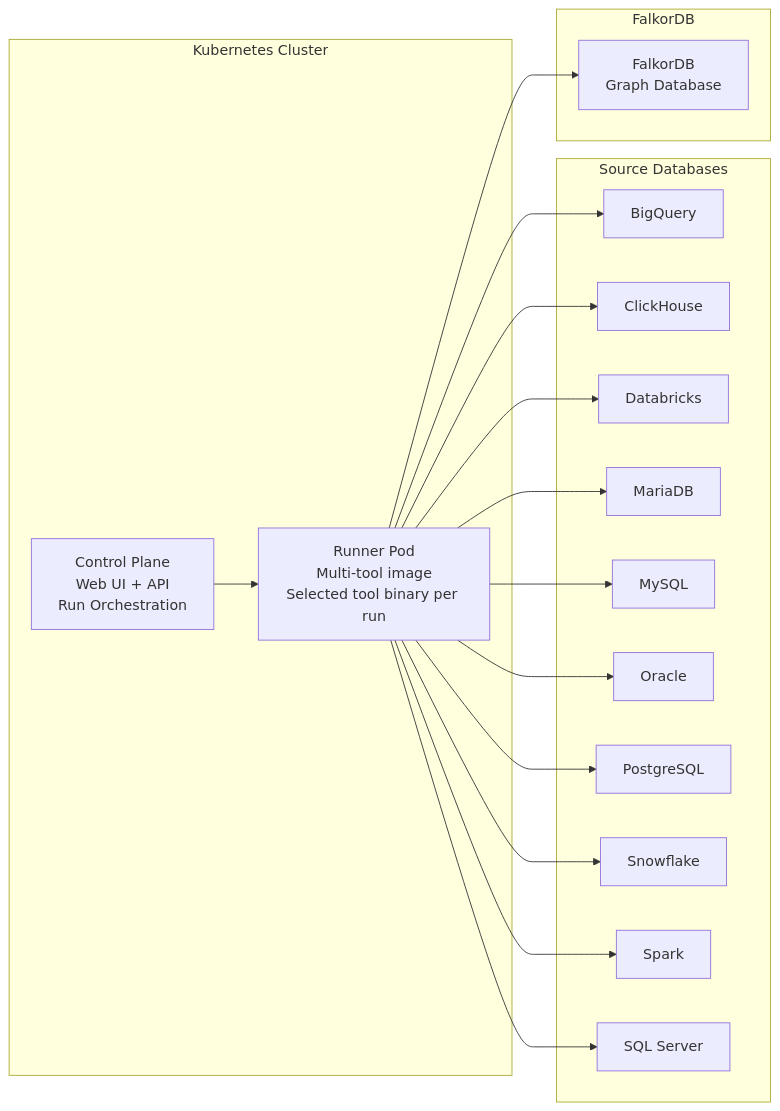
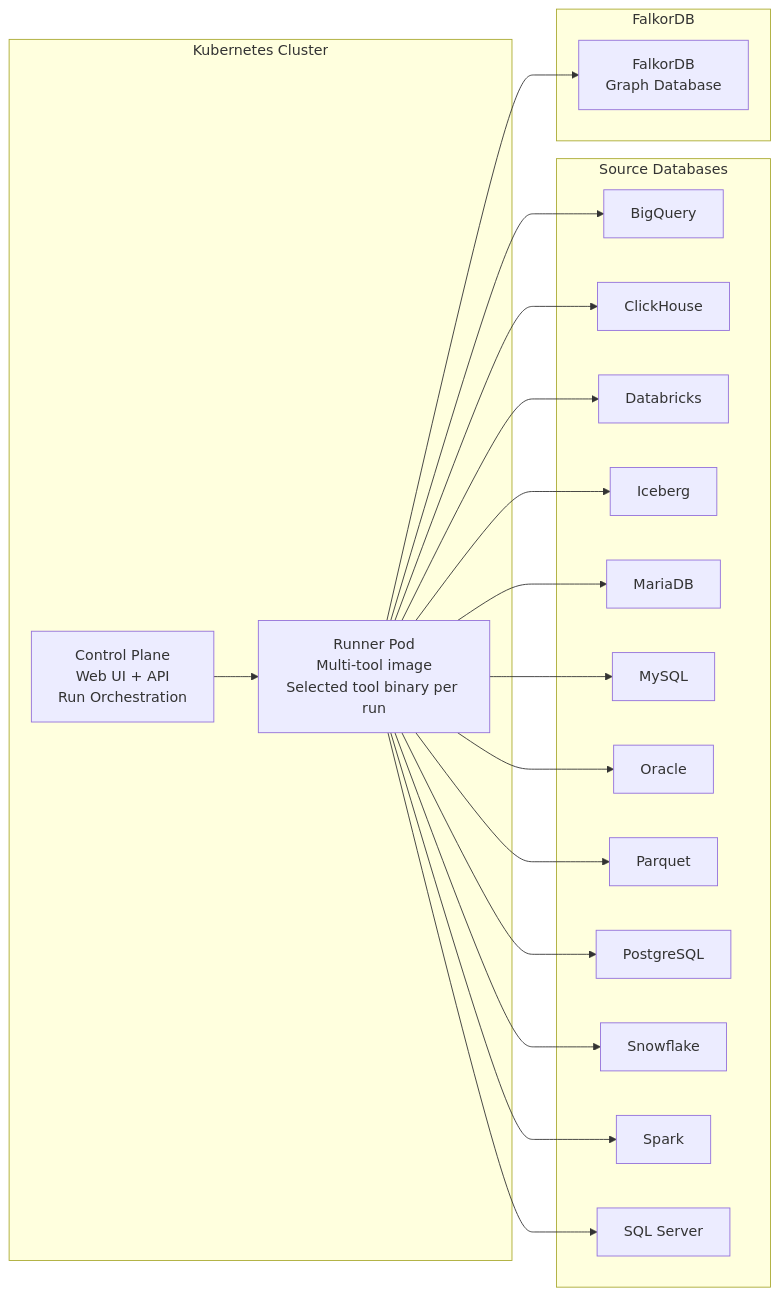
Before and after one commit to FalkorDB/DM-SQL-to-FalkorDB: the diagram in readme.md, drawn with Mermaid. The commit also changed other lines of this file and 3 other files, not shown here.

First line of the commit message:
Phase 3: package Parquet and Iceberg connectors (#64)

````diff
--- a/readme.md
+++ b/readme.md
@@ -409,37 +467,41 @@
 ```mermaid
 flowchart LR
     subgraph Source Databases
         BQ[BigQuery]
         CH[ClickHouse]
         DB[Databricks]
+        ICE[Iceberg]
         MARIA[MariaDB]
         MYSQL[MySQL]
         ORA[Oracle]
+        PARQ[Parquet]
         PG[PostgreSQL]
         SF[Snowflake]
         SP[Spark]
         SS[SQL Server]
     end
 
     subgraph Kubernetes Cluster
         CP[Control Plane<br/>Web UI + API<br/>Run Orchestration]
         RP[Runner Pod<br/>Multi-tool image<br/>Selected tool binary per run]
         CP --> RP
     end
 
     subgraph FalkorDB
         FDB[FalkorDB<br/>Graph Database]
     end
 
     RP --> BQ
     RP --> CH
     RP --> DB
+    RP --> ICE
     RP --> MARIA
     RP --> MYSQL
     RP --> ORA
+    RP --> PARQ
     RP --> PG
     RP --> SF
     RP --> SP
     RP --> SS
     RP --> FDB
 ```
````
